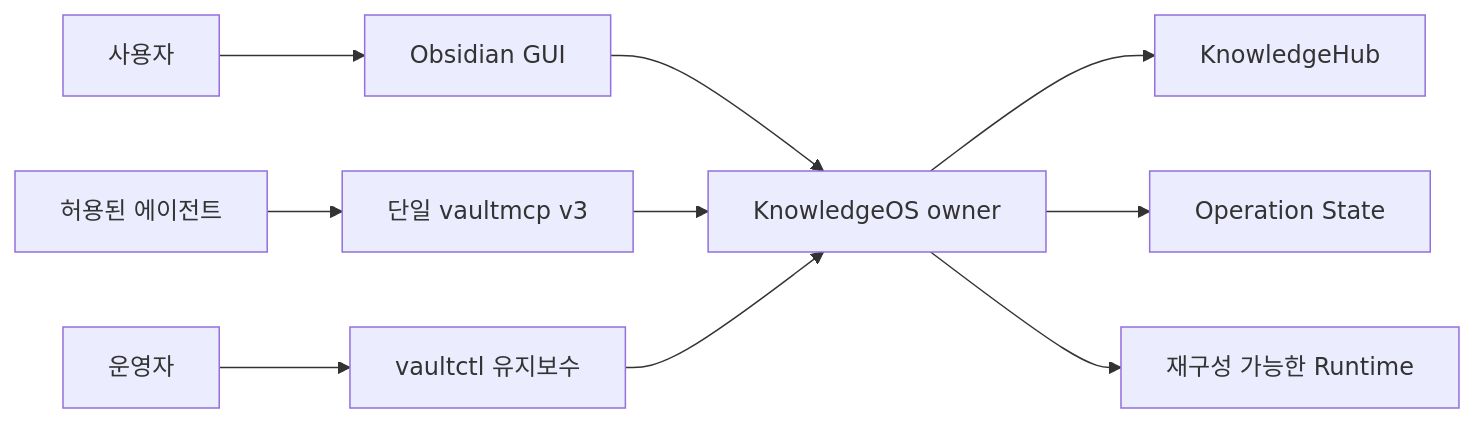
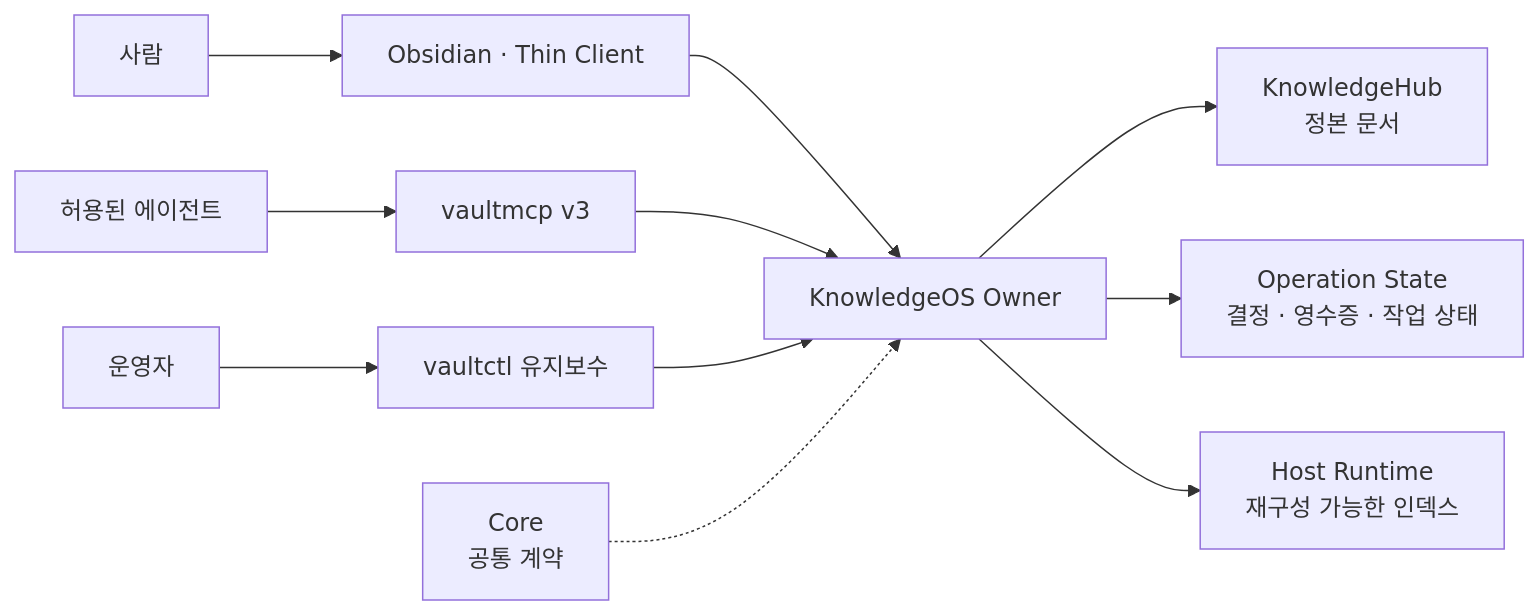
The first of 2 diagrams in README.md (devRestain/KnowledgeOS), drawn with Mermaid before and after one commit. The commit also changed other lines of this file and 88 other files, not shown here.

Commit message:
Refine KnowledgeOS control and runtime contracts

````diff
--- a/README.md
+++ b/README.md
@@ -13,12 +20,13 @@
 ```mermaid
 flowchart LR
-    U[사용자] --> O[Obsidian GUI]
-    O --> W[KnowledgeOS owner]
-    A[허용된 에이전트] --> M[단일 vaultmcp v3]
-    M --> W
-    C[운영자] --> V[vaultctl 유지보수]
-    V --> W
-    W --> K[KnowledgeHub]
-    W --> S[Operation State]
-    W --> R[재구성 가능한 Runtime]
+    H[사람] --> O[Obsidian · Thin Client]
+    A[허용된 에이전트] --> M[vaultmcp v3]
+    P[운영자] --> C[vaultctl 유지보수]
+    O --> K[KnowledgeOS Owner]
+    M --> K
+    C --> K
+    K --> V[KnowledgeHub<br/>정본 문서]
+    K --> S[Operation State<br/>결정 · 영수증 · 작업 상태]
+    K --> R[Host Runtime<br/>재구성 가능한 인덱스]
+    CORE[Core<br/>공통 계약] -.-> K
 ```
````
